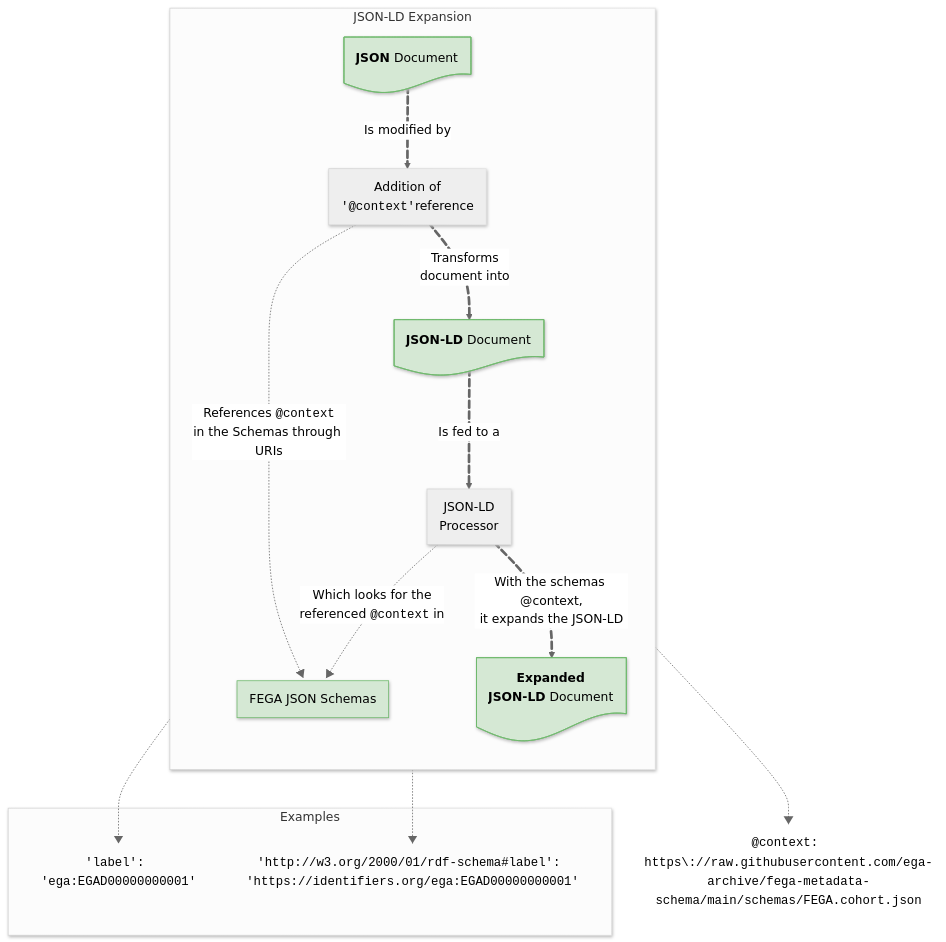
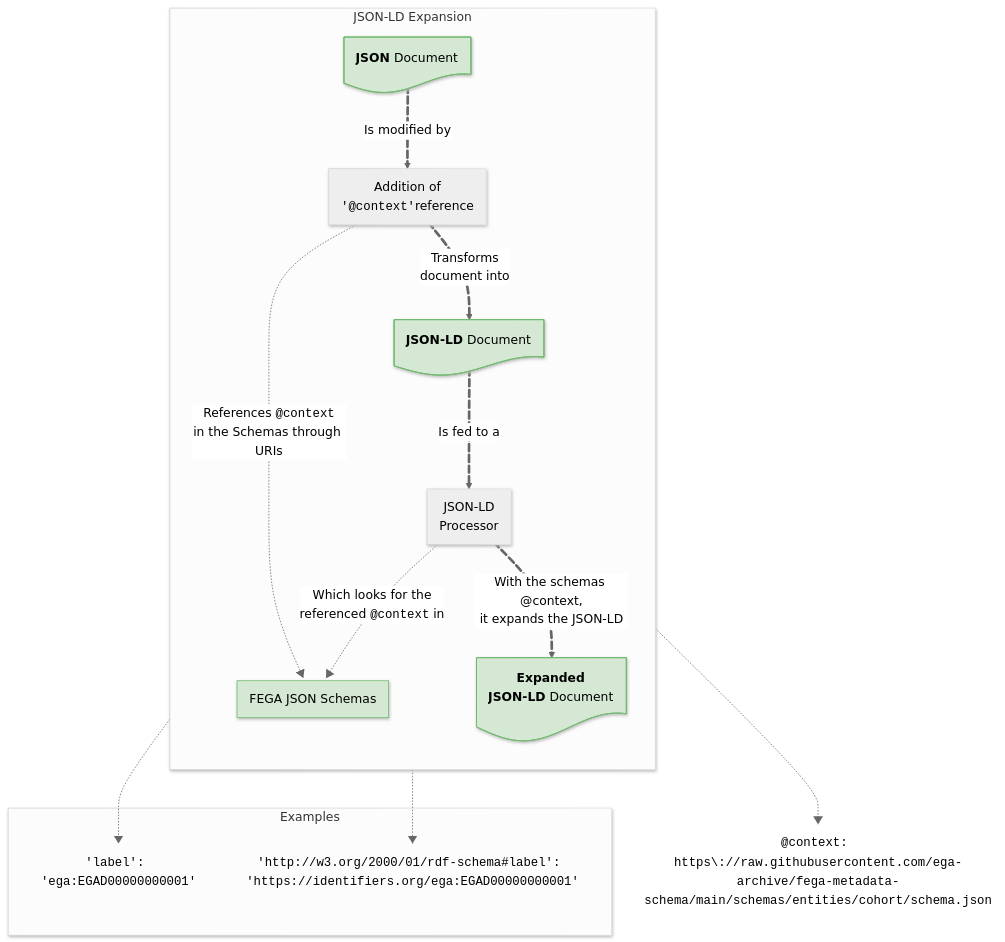
Diagram 12 of 13 in docs/FEGA-metadata-technical-report.md (M-casado/fega-metadata-schema), drawn with Mermaid before and after one commit. The commit also changed other lines of this file, not shown here.

````diff
--- a/docs/FEGA-metadata-technical-report.md
+++ b/docs/FEGA-metadata-technical-report.md
@@ -2002,51 +2002,51 @@
 ```mermaid
 ---
 config:
   theme: neutral
   look: neo
   layout: dagre
 ---
 flowchart TB
  subgraph s1["JSON-LD Expansion"]
     direction TB
         n1["<b>JSON </b>Document"]
         n4@{ label: "Addition of <br><code>'@context'</code>reference" }
         n5["<b>JSON-LD</b> Document"]
         n3["FEGA JSON Schemas"]
         n6["JSON-LD<br>Processor"]
         n7["<b>Expanded<br>JSON-LD</b> Document"]
   end
  subgraph s2["Examples"]
         n8@{ label: "<code>'label': 'ega:EGAD00000000001'</code>" }
         n10@{ label: "<code>'http\\://w3.org/2000/01/rdf-schema#label': 'https\\://identifiers.org/ega:EGAD00000000001'</code>" }
   end
     n1 L_n1_n4_0@== Is modified by ==> n4
     n4 L_n4_n5_0@== Transforms <br>document into ==> n5
     n4 -. References <code>@context</code><br>in the Schemas through URIs .-> n3
     n5 L_n5_n6_0@== Is fed to a ==> n6
     n6 -. Which looks for the<br>referenced <code>@context</code> in .-> n3
     n6 L_n6_n7_0@== "With the schemas @context,<br>it expands the JSON-LD" ==> n7
     n1 -.-> n8
-    n4 -.-> n9["<code>@context: https\://raw.githubusercontent.com/ega-archive/fega-metadata-schema/main/schemas/FEGA.cohort.json</code>"]
+    n4 -.-> n9["<code>@context: https\://raw.githubusercontent.com/ega-archive/fega-metadata-schema/main/schemas/entities/cohort/schema.json</code>"]
     n7 -.-> n10
     n1@{ shape: doc}
     n4@{ shape: proc}
     n5@{ shape: doc}
     n6@{ shape: proc}
     n7@{ shape: doc}
     n8@{ shape: text}
     n10@{ shape: text}
     n9@{ shape: text}
      n1:::datafile
      n5:::datafile
      n3:::datafile
      n7:::datafile
     classDef biomaterial fill:#B3D9FF,stroke:#4C8BF5,stroke-width:1px
     classDef process    fill:#FFE5CC,stroke:#F5A45D,stroke-width:1px
     classDef protocol fill:#FFE5CC, stroke:#F5A45D, stroke-width:1px, fill:#feeedf, background-color:#feeedf, stroke-dasharray: 1
     classDef datafile fill:#D5E8D4, stroke:#6FB96C, stroke-width:1px
     L_n1_n4_0@{ animation: slow } 
     L_n4_n5_0@{ animation: slow } 
     L_n5_n6_0@{ animation: slow } 
     L_n6_n7_0@{ animation: slow }
 ```
````
